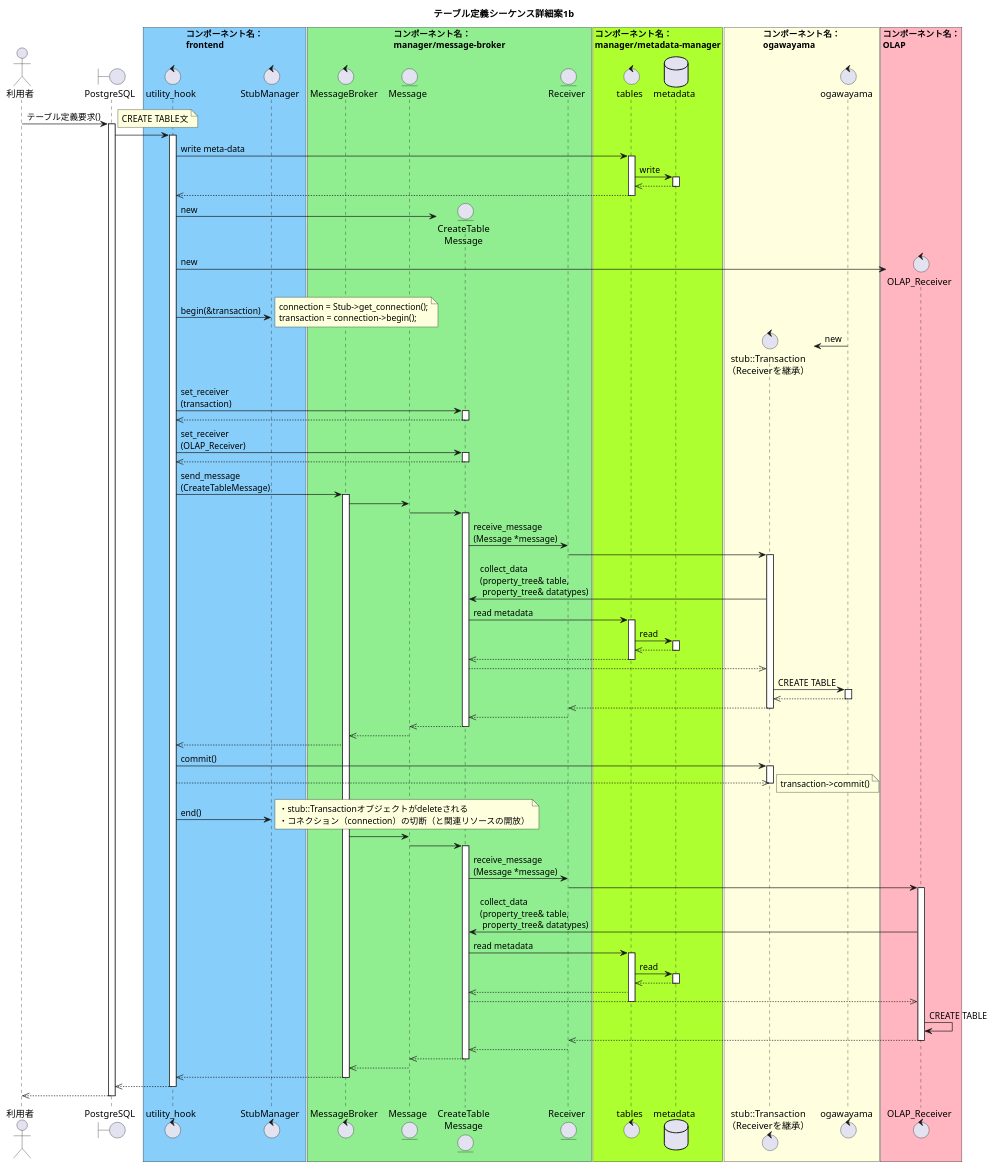
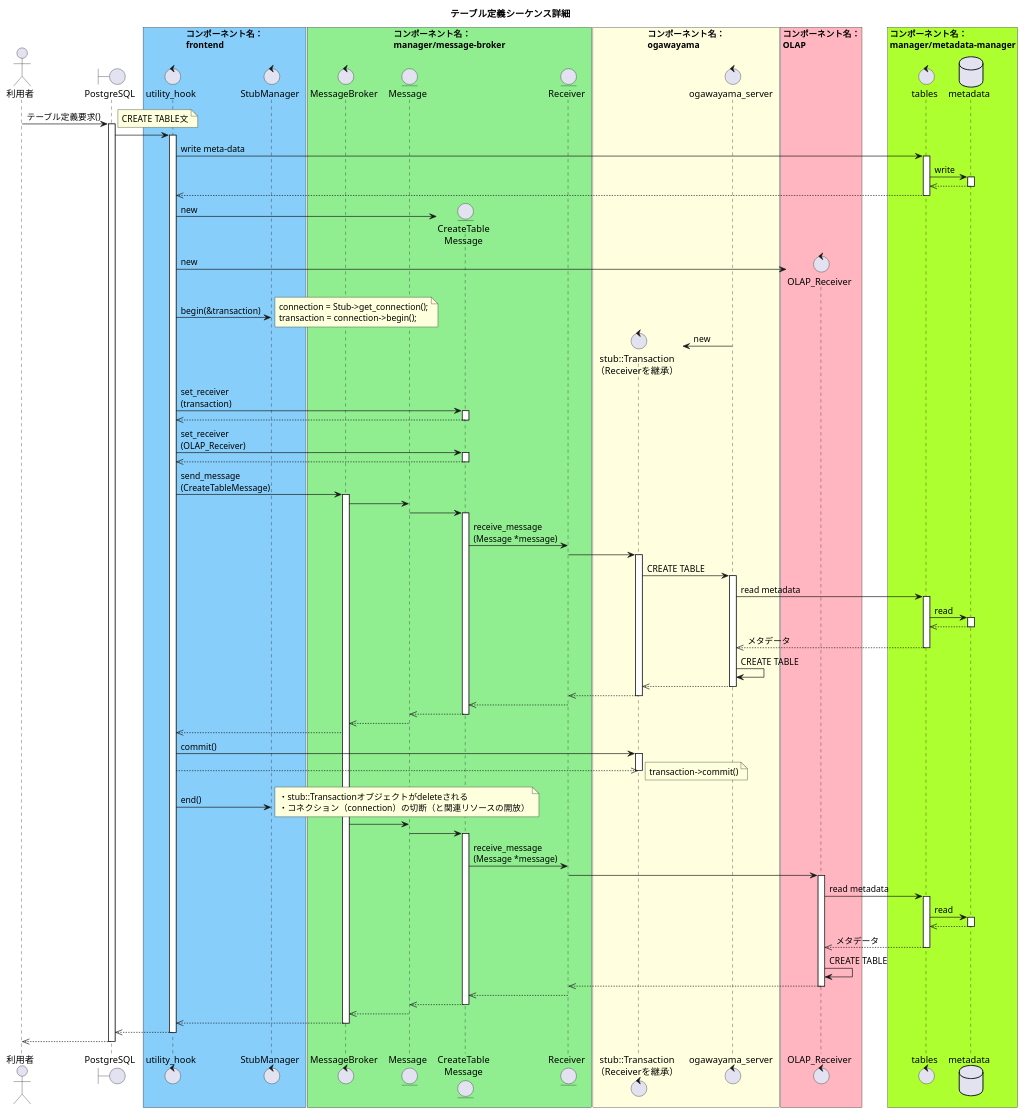
The diagram in docs/design/img/CREATE_TABLE_detail.pu (project-tsurugi/tsurugi_fdw), drawn with PlantUML before and after one commit. The commit also changed other lines of this file and 13 other files, not shown here.

Commit message:
Fix class and sequence diagram

```diff
--- a/docs/design/img/CREATE_TABLE_detail.pu
+++ b/docs/design/img/CREATE_TABLE_detail.pu
@@ -165,149 +5,146 @@
-@startuml テーブル定義シーケンス詳細案1b
+@startuml テーブル定義シーケンス詳細
 
-title テーブル定義シーケンス詳細案1b
+title テーブル定義シーケンス詳細
 
 actor 利用者
 boundary PostgreSQL
 
 box "コンポーネント名：\nfrontend" #LightSkyBlue
 control utility_hook
 control StubManager
 end box
 
 box "コンポーネント名：\nmanager/message-broker" #LightGreen
 control MessageBroker
 entity Message
 entity "CreateTable\nMessage" as concrete_message
 entity Receiver
 end box
 
-box "コンポーネント名：\nmanager/metadata-manager" #GreenYellow
-control tables
-database metadata
-end box
-
 box "コンポーネント名：\nogawayama" #LightYellow
 control "stub::Transaction\n（Receiverを継承）" as tran
-control "ogawayama" as ogawayama
+control "ogawayama_server" as ogawayama
 end box
 
 box "コンポーネント名：\nOLAP" #LightPink
 control "OLAP_Receiver" as olap_receiver
+end box
+
+box "コンポーネント名：\nmanager/metadata-manager" #GreenYellow
+control tables
+database metadata
 end box
 
 利用者 -> PostgreSQL : テーブル定義要求()
 activate PostgreSQL
 note right
 CREATE TABLE文
 end note
 
 PostgreSQL -> utility_hook
 activate utility_hook
   ' write meta-data
   utility_hook -> tables : write meta-data
   activate tables
     tables -> metadata : write
     activate metadata
     tables <<-- metadata
     deactivate metadata
     utility_hook <<-- tables
   deactivate tables
 
   ' create objects
   create concrete_message
   utility_hook -> concrete_message : new
   create olap_receiver
   utility_hook -> olap_receiver : new
 
   ' set receiver
   utility_hook -> StubManager : begin(&transaction)
   note right
   connection = Stub->get_connection();
   transaction = connection->begin();
   end note
   create tran
   ogawayama -> tran : new
   utility_hook -> concrete_message : set_receiver\n(transaction)
   activate concrete_message
     utility_hook <<-- concrete_message
   deactivate concrete_message
   utility_hook -> concrete_message : set_receiver\n(OLAP_Receiver)
   activate concrete_message
     utility_hook <<-- concrete_message
   deactivate concrete_message
 
   ' send message to MessageBroker
   utility_hook -> MessageBroker : send_message\n(CreateTableMessage)
   activate MessageBroker
 
   ' execute command
   MessageBroker -> Message
   Message -> concrete_message
   activate concrete_message
     concrete_message -> Receiver : receive_message\n(Message *message)
     Receiver -> tran
     activate tran
-      tran -> concrete_message : collect_data\n(property_tree& table,\n property_tree& datatypes)
-      concrete_message -> tables : read metadata
+      tran -> ogawayama : CREATE TABLE
+      activate ogawayama
+      ogawayama -> tables : read metadata
       activate tables
         tables -> metadata : read
         activate metadata
         tables <<-- metadata
         deactivate metadata
-        concrete_message <<-- tables
+        ogawayama <<-- tables : メタデータ
       deactivate tables
-      tran <<-- concrete_message
-      tran -> ogawayama : CREATE TABLE
-      activate ogawayama
+      ogawayama -> ogawayama : CREATE TABLE
       tran <<-- ogawayama
       deactivate ogawayama
     Receiver <<-- tran
     deactivate tran
     concrete_message <<-- Receiver
   Message <<-- concrete_message
   deactivate concrete_message
   MessageBroker <<-- Message
   utility_hook <<-- MessageBroker
   utility_hook -> tran : commit()
   activate tran
   tran <<-- utility_hook
   deactivate tran
   note right
   transaction->commit()
   end note
   utility_hook -> StubManager : end()
   note right
   ・stub::Transactionオブジェクトがdeleteされる
   ・コネクション（connection）の切断（と関連リソースの開放）
   end note
   MessageBroker -> Message
   Message -> concrete_message
   activate concrete_message
     concrete_message -> Receiver : receive_message\n(Message *message)
     Receiver -> olap_receiver
     activate olap_receiver
-      olap_receiver -> concrete_message : collect_data\n(property_tree& table,\n property_tree& datatypes)
-      concrete_message -> tables : read metadata
+      olap_receiver -> tables : read metadata
       activate tables
         tables -> metadata : read
         activate metadata
         tables <<-- metadata
         deactivate metadata
-        concrete_message <<-- tables
-        olap_receiver <<-- concrete_message
+        olap_receiver <<-- tables : メタデータ
       deactivate tables
       olap_receiver -> olap_receiver : CREATE TABLE
       Receiver <<-- olap_receiver
       deactivate olap_receiver
       concrete_message <<-- Receiver
   Message <<-- concrete_message
   deactivate concrete_message
   MessageBroker <<-- Message
   utility_hook <<-- MessageBroker
   deactivate MessageBroker
 PostgreSQL <<-- utility_hook
 deactivate utility_hook
 利用者 <<-- PostgreSQL
 deactivate PostgreSQL
 
 @enduml
```
